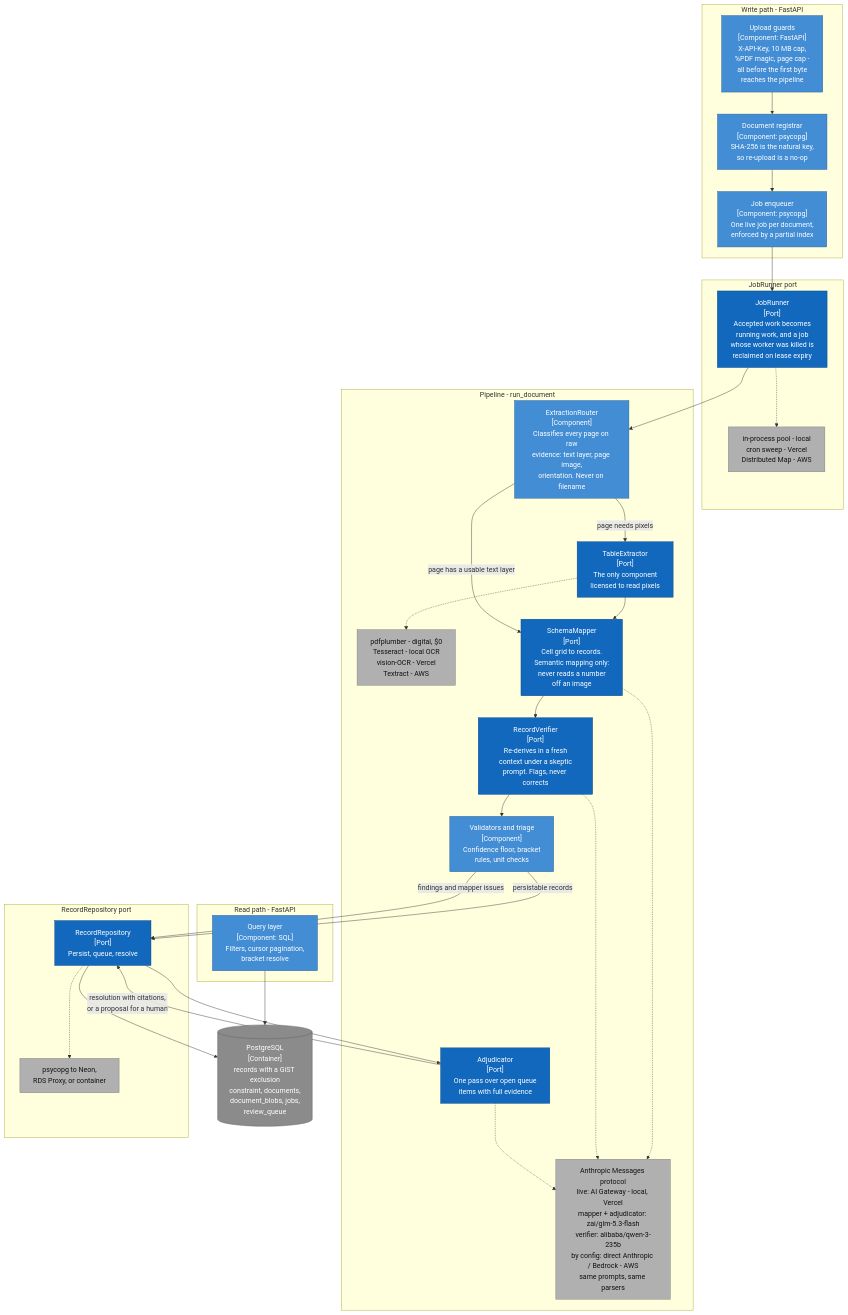
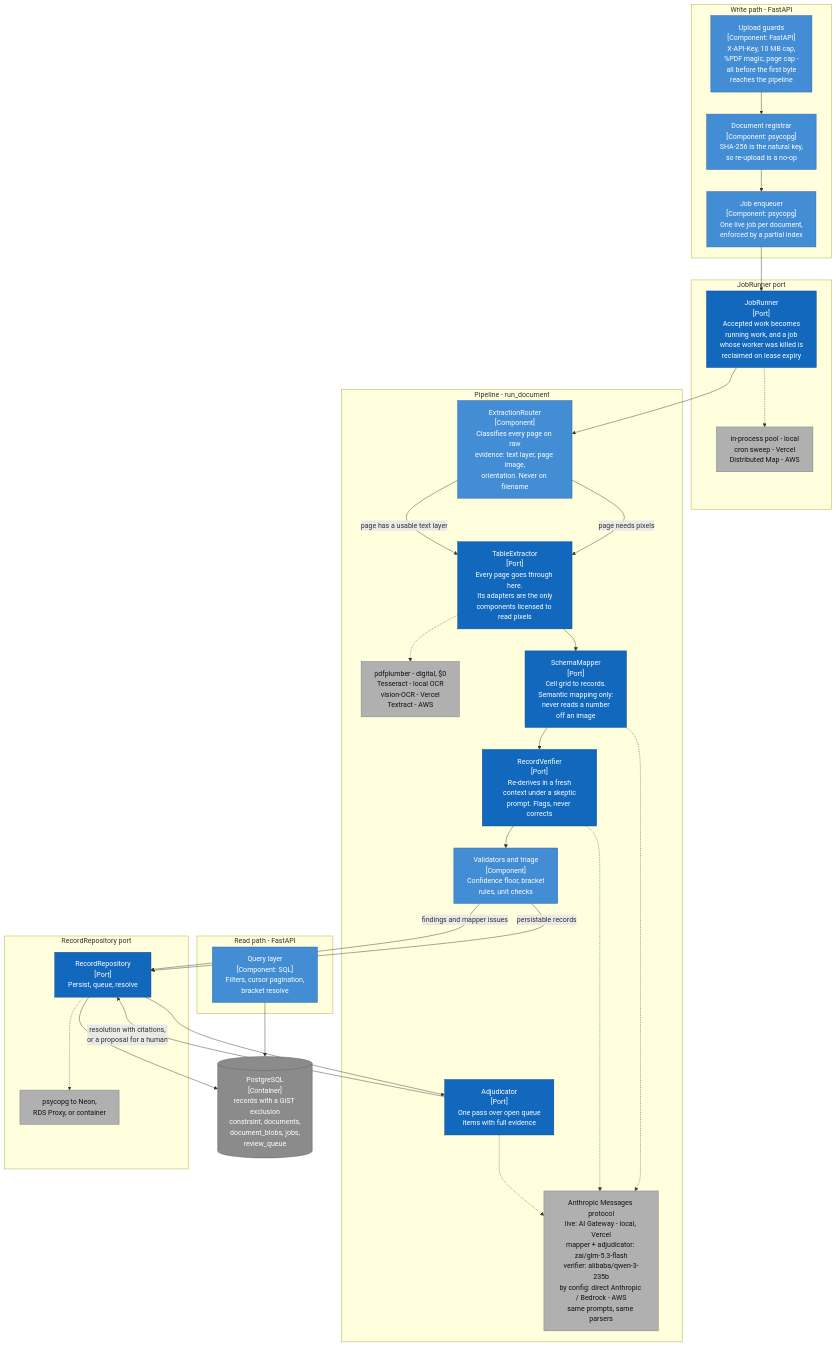
One commit to Rocuts/Auxis changed the second of 2 diagrams in README.md. Above: the diagram before and after it, drawn with Mermaid. The commit also changed other lines of this file and 15 other files, not shown here.

````diff
--- a/README.md
+++ b/README.md
@@ -217,65 +241,65 @@
 ```mermaid
 flowchart TB
     classDef comp fill:#438dd5,stroke:#2e6295,color:#ffffff
     classDef port fill:#1168bd,stroke:#0b4884,color:#ffffff
     classDef adapter fill:#b0b0b0,stroke:#7a7a7a,color:#111111
     classDef store fill:#8b8b8b,stroke:#5f5f5f,color:#ffffff
 
     subgraph api_b["Write path - FastAPI"]
         guards["Upload guards<br/>[Component: FastAPI]<br/>X-API-Key, 10 MB cap,<br/>%PDF magic, page cap -<br/>all before the first byte<br/>reaches the pipeline"]
         registrar["Document registrar<br/>[Component: psycopg]<br/>SHA-256 is the natural key,<br/>so re-upload is a no-op"]
         enqueue["Job enqueuer<br/>[Component: psycopg]<br/>One live job per document,<br/>enforced by a partial index"]
     end
 
     subgraph read_b["Read path - FastAPI"]
         queries["Query layer<br/>[Component: SQL]<br/>Filters, cursor pagination,<br/>bracket resolve"]
     end
 
     subgraph runner_b["JobRunner port"]
         runner["JobRunner<br/>[Port]<br/>Accepted work becomes<br/>running work, and a job<br/>whose worker was killed is<br/>reclaimed on lease expiry"]
         runner_a["in-process pool - local<br/>cron sweep - Vercel<br/>Distributed Map - AWS"]
     end
 
     subgraph pipe_b["Pipeline - run_document"]
         router["ExtractionRouter<br/>[Component]<br/>Classifies every page on raw<br/>evidence: text layer, page image,<br/>orientation. Never on filename"]
-        extractor["TableExtractor<br/>[Port]<br/>The only component<br/>licensed to read pixels"]
+        extractor["TableExtractor<br/>[Port]<br/>Every page goes through here.<br/>Its adapters are the only<br/>components licensed to read pixels"]
         extractor_a["pdfplumber - digital, $0<br/>Tesseract - local OCR<br/>vision-OCR - Vercel<br/>Textract - AWS"]
         mapper["SchemaMapper<br/>[Port]<br/>Cell grid to records.<br/>Semantic mapping only:<br/>never reads a number<br/>off an image"]
         verifier["RecordVerifier<br/>[Port]<br/>Re-derives in a fresh<br/>context under a skeptic<br/>prompt. Flags, never corrects"]
         triage["Validators and triage<br/>[Component]<br/>Confidence floor, bracket<br/>rules, unit checks"]
         adjudicator["Adjudicator<br/>[Port]<br/>One pass over open queue<br/>items with full evidence"]
         semantic_a["Anthropic Messages protocol<br/>live: AI Gateway - local, Vercel<br/>mapper + adjudicator: zai/glm-5.3-flash<br/>verifier: alibaba/qwen-3-235b<br/>by config: direct Anthropic / Bedrock - AWS<br/>same prompts, same parsers"]
     end
 
     subgraph repo_b["RecordRepository port"]
         repo["RecordRepository<br/>[Port]<br/>Persist, queue, resolve"]
         repo_a["psycopg to Neon,<br/>RDS Proxy, or container"]
     end
 
     db[("PostgreSQL<br/>[Container]<br/>records with a GiST exclusion<br/>constraint, documents,<br/>document_blobs, jobs,<br/>review_queue")]
 
     guards --> registrar --> enqueue --> runner
     runner --> router
     router -->|"page needs pixels"| extractor
+    router -->|"page has a usable text layer"| extractor
     extractor --> mapper
-    router -->|"page has a usable text layer"| mapper
     mapper --> verifier --> triage
     triage -->|"persistable records"| repo
     triage -->|"findings and mapper issues"| repo
     repo --> adjudicator
     adjudicator -->|"resolution with citations,<br/>or a proposal for a human"| repo
     repo --> db
     queries --> db
 
     extractor -.-> extractor_a
     mapper -.-> semantic_a
     verifier -.-> semantic_a
     adjudicator -.-> semantic_a
     runner -.-> runner_a
     repo -.-> repo_a
 
     class guards,registrar,enqueue,queries,router,triage comp
     class runner,extractor,mapper,verifier,adjudicator,repo port
     class runner_a,extractor_a,semantic_a,repo_a adapter
     class db store
 ```
````
